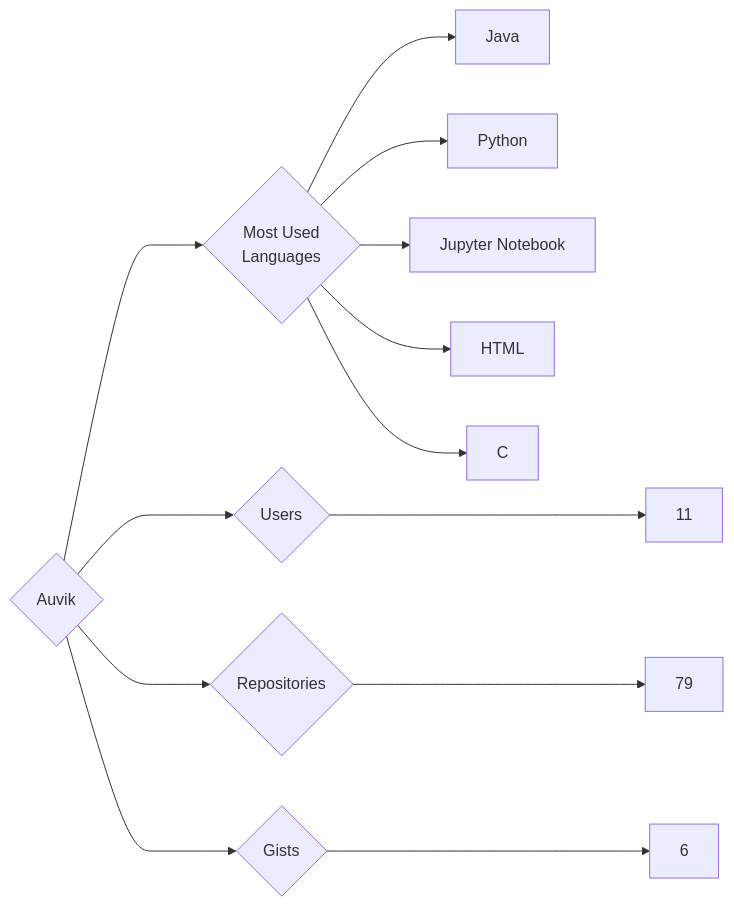
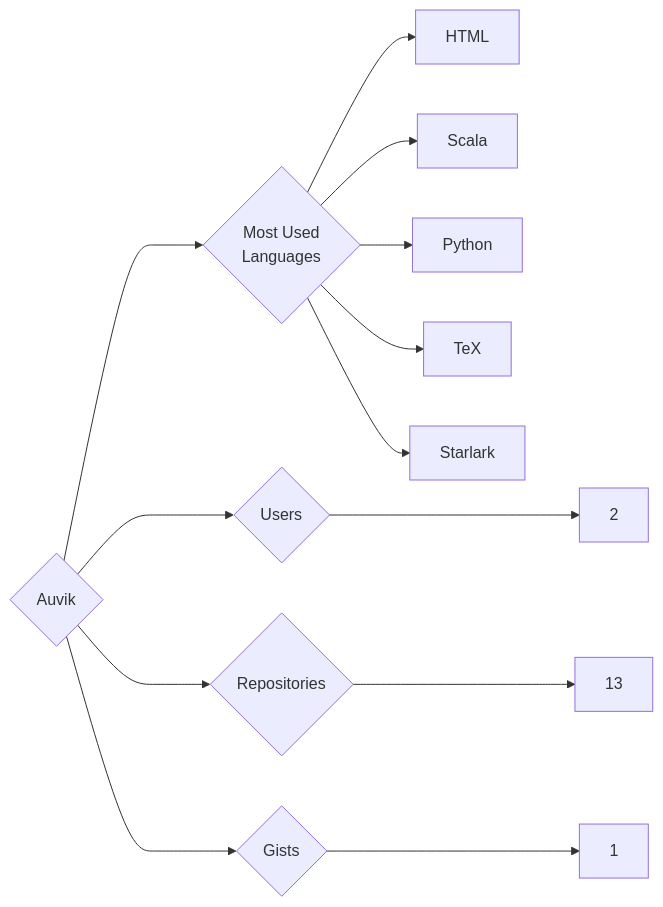
One commit to trickest/insiders changed the diagram in targets/Auvik/README.md. Above: the diagram before and after it, drawn with Mermaid. The commit also changed 823 other files, not shown here.

````diff
--- a/targets/Auvik/README.md
+++ b/targets/Auvik/README.md
@@ -3,13 +3,13 @@
 ```mermaid
 graph LR
 COMPANY_NAME{Auvik}
-COMPANY_NAME ---> U{Users} ---> UN[11]
-COMPANY_NAME ---> R{Repositories} ---> RN[79]
-COMPANY_NAME ---> G{Gists} ---> GN[6]
+COMPANY_NAME ---> U{Users} ---> UN[2]
+COMPANY_NAME ---> R{Repositories} ---> RN[13]
+COMPANY_NAME ---> G{Gists} ---> GN[1]
 COMPANY_NAME ---> ML{Most Used<br>Languages}
-ML --> Java[Java]
+ML --> HTML[HTML]
+ML --> Scala[Scala]
 ML --> Python[Python]
-ML --> Jupyter_Notebook[Jupyter Notebook]
-ML --> HTML[HTML]
-ML --> C[C]
+ML --> TeX[TeX]
+ML --> Starlark[Starlark]
 ```
````
